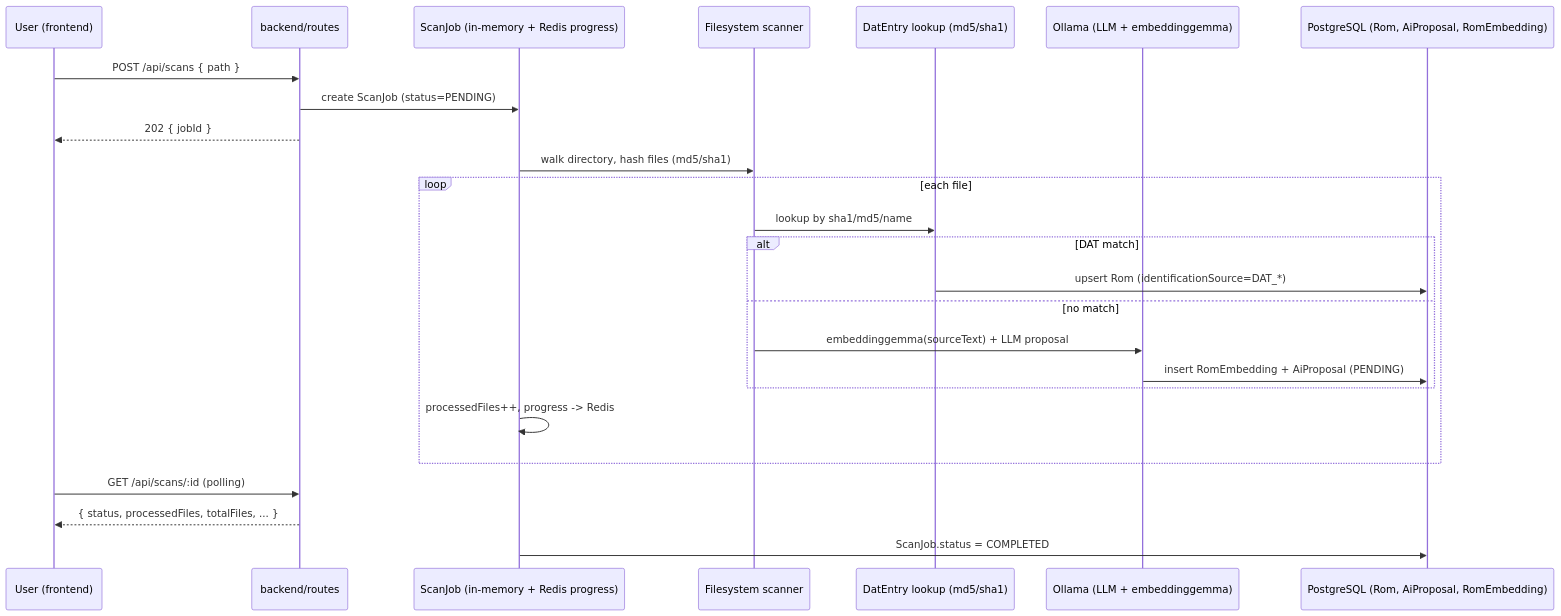
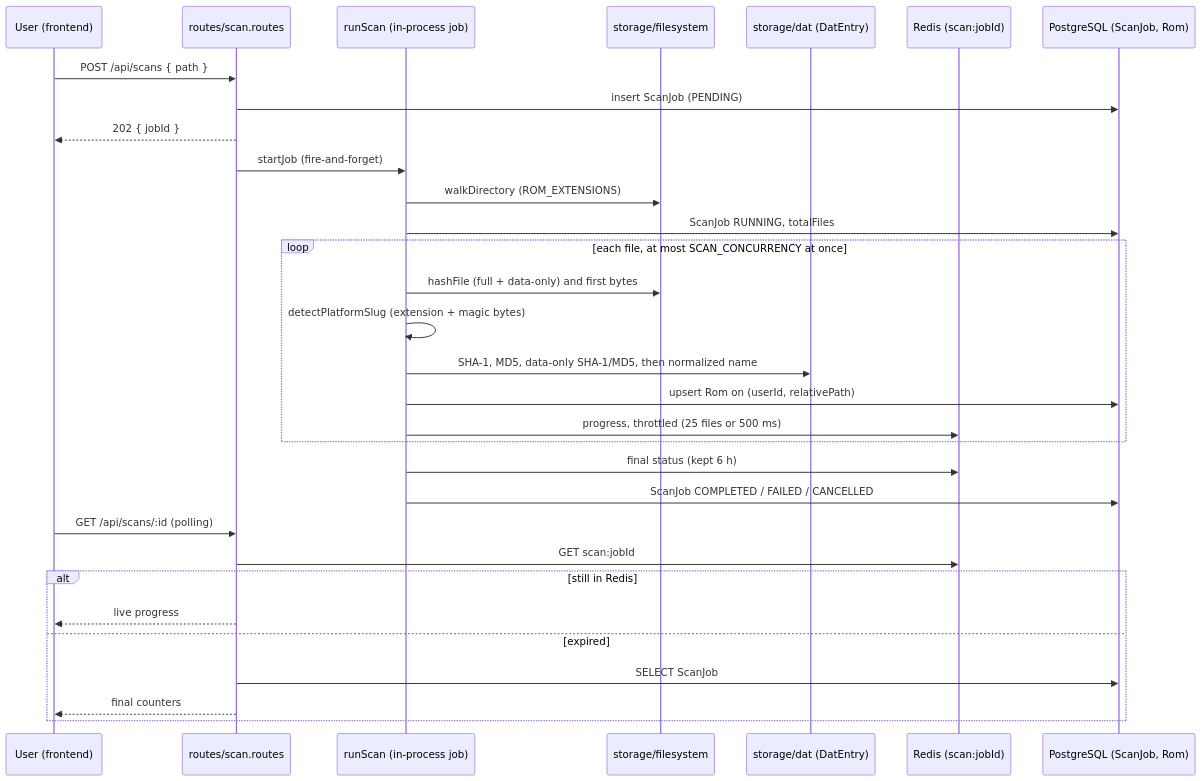
The fourth of 4 diagrams in docs/ARCHITECTURE.md (Novachocolat/rom-rag-sae-but3), drawn with Mermaid before and after one commit. The commit also changed other lines of this file and 12 other files, not shown here.

````diff
--- a/docs/ARCHITECTURE.md
+++ b/docs/ARCHITECTURE.md
@@ -152,28 +179,34 @@
 ```mermaid
 sequenceDiagram
     participant U as User (frontend)
-    participant API as backend/routes
-    participant Job as ScanJob (in-memory + Redis progress)
-    participant FS as Filesystem scanner
-    participant DAT as DatEntry lookup (md5/sha1)
-    participant AI as Ollama (LLM + embeddinggemma)
-    participant DB as PostgreSQL (Rom, AiProposal, RomEmbedding)
+    participant API as routes/scan.routes
+    participant Job as runScan (in-process job)
+    participant FS as storage/filesystem
+    participant DAT as storage/dat (DatEntry)
+    participant R as Redis (scan:jobId)
+    participant DB as PostgreSQL (ScanJob, Rom)
 
     U->>API: POST /api/scans { path }
-    API->>Job: create ScanJob (status=PENDING)
+    API->>DB: insert ScanJob (PENDING)
     API-->>U: 202 { jobId }
-    Job->>FS: walk directory, hash files (md5/sha1)
-    loop each file
-        FS->>DAT: lookup by sha1/md5/name
-        alt DAT match
-            DAT->>DB: upsert Rom (identificationSource=DAT_*)
-        else no match
-            FS->>AI: embeddinggemma(sourceText) + LLM proposal
-            AI->>DB: insert RomEmbedding + AiProposal (PENDING)
-        end
-        Job->>Job: processedFiles++, progress -> Redis
+    API->>Job: startJob (fire-and-forget)
+    Job->>FS: walkDirectory (ROM_EXTENSIONS)
+    Job->>DB: ScanJob RUNNING, totalFiles
+    loop each file, at most SCAN_CONCURRENCY at once
+        Job->>FS: hashFile (full + data-only) and first bytes
+        Job->>Job: detectPlatformSlug (extension + magic bytes)
+        Job->>DAT: SHA-1, MD5, data-only SHA-1/MD5, then normalized name
+        Job->>DB: upsert Rom on (userId, relativePath)
+        Job->>R: progress, throttled (25 files or 500 ms)
     end
+    Job->>R: final status (kept 6 h)
+    Job->>DB: ScanJob COMPLETED / FAILED / CANCELLED
     U->>API: GET /api/scans/:id (polling)
-    API-->>U: { status, processedFiles, totalFiles, ... }
-    Job->>DB: ScanJob.status = COMPLETED
+    API->>R: GET scan:jobId
+    alt still in Redis
+        API-->>U: live progress
+    else expired
+        API->>DB: SELECT ScanJob
+        API-->>U: final counters
+    end
 ```
````
